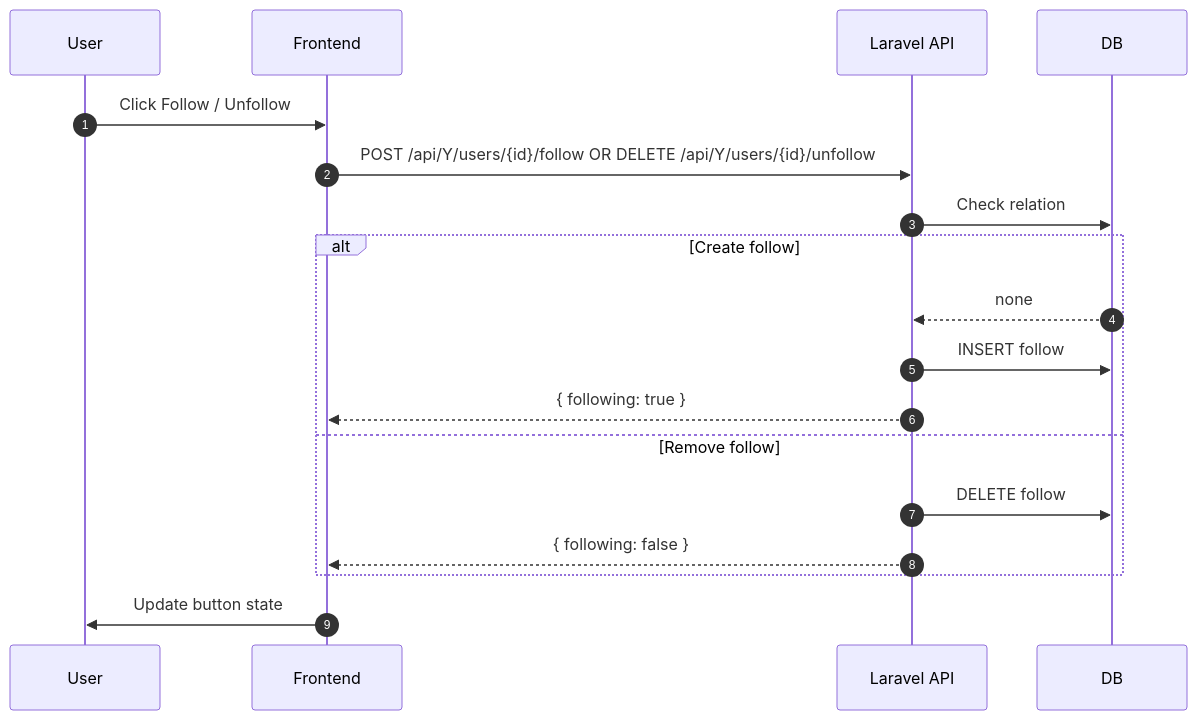
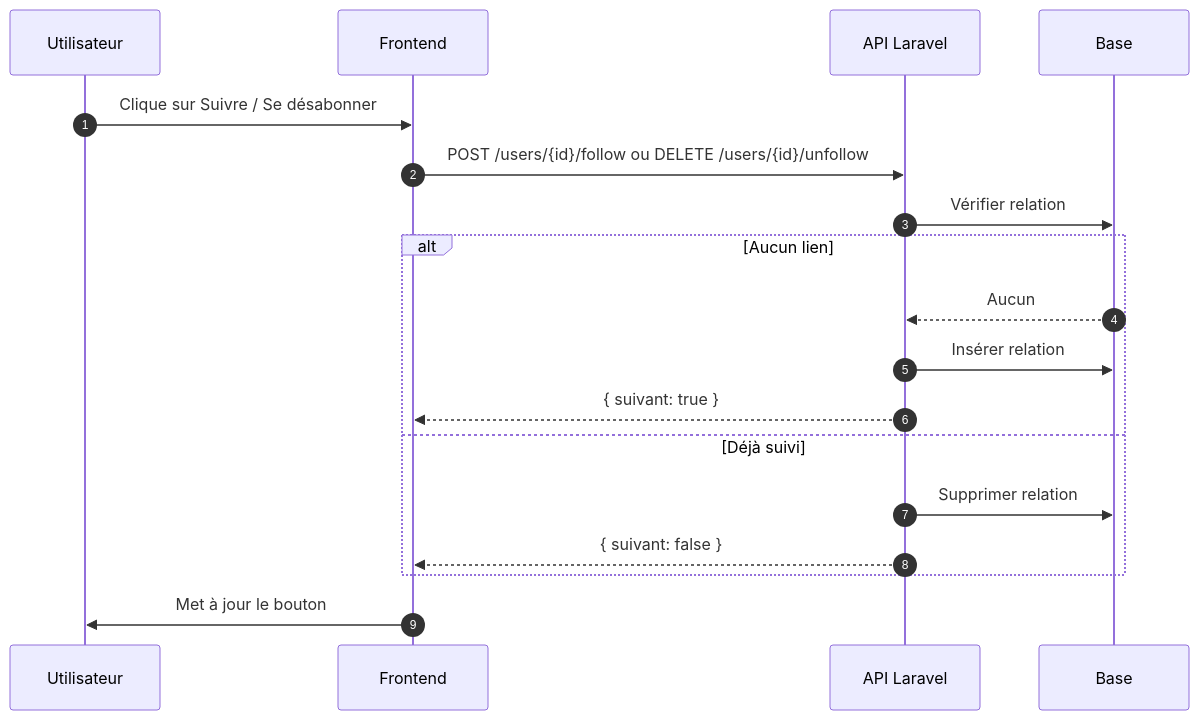
Before and after one commit to NeuralMobi-ltd/FanRadarUser: the diagram in diagrams/sequence_follow_toggle.mermaid, drawn with Mermaid. The commit also changed 21 other files, not shown here.

```diff
--- a/diagrams/sequence_follow_toggle.mermaid
+++ b/diagrams/sequence_follow_toggle.mermaid
@@ -1,19 +1,19 @@
-%% Simplified Follow Toggle Sequence
+%% Séquence : Basculer Suivre / Se désabonner (simplifié - français)
 sequenceDiagram
   autonumber
-  participant U as User
+  participant U as Utilisateur
   participant FE as Frontend
-  participant API as Laravel API
-  participant DB as DB
-  U->>FE: Click Follow / Unfollow
-  FE->>API: POST /api/Y/users/{id}/follow OR DELETE /api/Y/users/{id}/unfollow
-  API->>DB: Check relation
-  alt Create follow
-    DB-->>API: none
-    API->>DB: INSERT follow
-    API-->>FE: { following: true }
-  else Remove follow
-    API->>DB: DELETE follow
-    API-->>FE: { following: false }
+  participant API as API Laravel
+  participant DB as Base
+  U->>FE: Clique sur Suivre / Se désabonner
+  FE->>API: POST /users/{id}/follow ou DELETE /users/{id}/unfollow
+  API->>DB: Vérifier relation
+  alt Aucun lien
+    DB-->>API: Aucun
+    API->>DB: Insérer relation
+    API-->>FE: { suivant: true }
+  else Déjà suivi
+    API->>DB: Supprimer relation
+    API-->>FE: { suivant: false }
   end
-  FE->>U: Update button state
+  FE->>U: Met à jour le bouton
```
